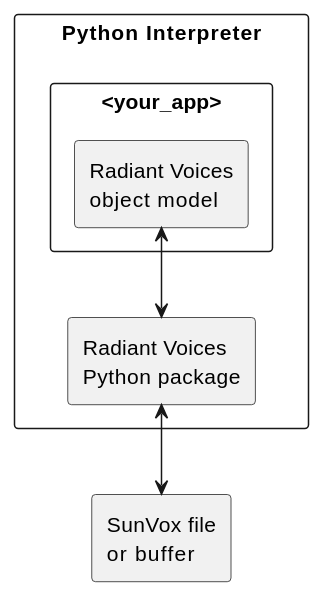
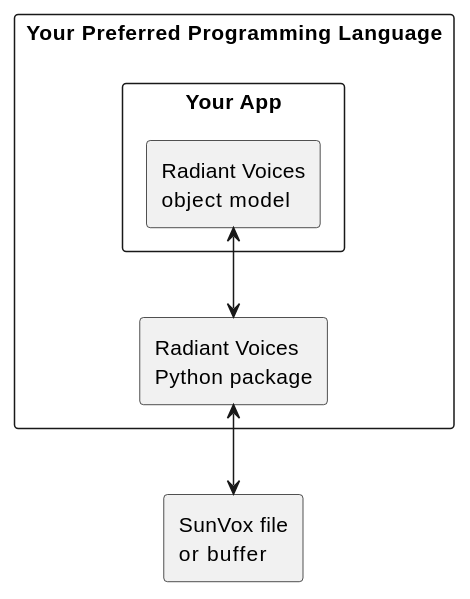
Before and after one commit to metrasynth/radiant-voices: the diagram in README.rst, drawn with PlantUML. The commit also changed other lines of this file, not shown here.

```diff
--- a/README.rst
+++ b/README.rst
@@ -29,13 +29,13 @@
 ..  uml::
 
     @startuml
-    rectangle "Python Interpreter" as python {
-        rectangle "<your_app>" as app {
+    rectangle "Your Preferred Programming Language" as lang {
+        rectangle "Your App" as app {
             rectangle "Radiant Voices\nobject model" as obj
         }
         rectangle "Radiant Voices\nPython package" as rv
     }
     rectangle "SunVox file\nor buffer" as file
     rv <-up-> obj
     rv <-down-> file
     @enduml
```
